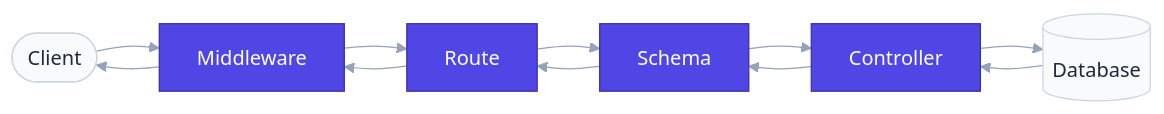
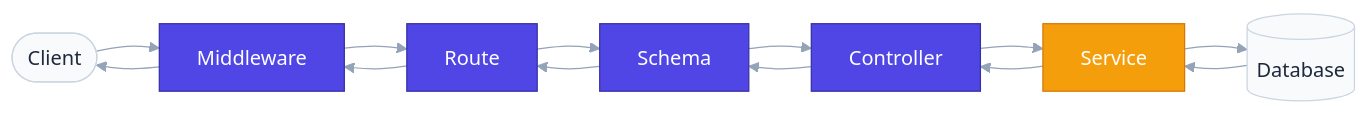
One commit to nakul-cloud/ecommerce-api changed the diagram in app/README.md. Above: the diagram before and after it, drawn with Mermaid. The commit also changed other lines of this file and 22 other files, not shown here.

Commit message:
feat: scaffold API architecture with authentication, custom exceptions, controllers, and utility modules.

````diff
--- a/app/README.md
+++ b/app/README.md
@@ -29,19 +30,22 @@
 ```mermaid
 %%{init: {'theme': 'base', 'themeVariables': {'primaryColor': '#4f46e5', 'primaryTextColor': '#1e293b', 'primaryBorderColor': '#3730a3', 'lineColor': '#94a3b8', 'secondaryColor': '#10b981', 'tertiaryColor': '#f59e0b', 'background': '#ffffff', 'mainBkg': '#f8fafc', 'nodeBorder': '#cbd5e1', 'nodeTextColor': '#1e293b', 'textColor': '#ffffff', 'titleColor': '#ffffff', 'edgeLabelBackground': '#1e293b', 'clusterBkg': '#f1f5f9', 'clusterBorder': '#e2e8f0', 'actorBkg': '#f8fafc', 'actorBorder': '#cbd5e1', 'actorTextColor': '#1e293b', 'signalColor': '#4f46e5', 'signalTextColor': '#ffffff', 'noteBkgColor': '#fef08a', 'noteBorderColor': '#facc15', 'noteTextColor': '#713f12'}}}%%
 flowchart LR
     Client([Client]) --> Middleware[Middleware]
     Middleware --> Route[Route]
     Route --> Schema[Schema]
     Schema --> Controller[Controller]
-    Controller --> DB[(Database)]
-    DB --> Controller
+    Controller --> Service[Service]
+    Service --> DB[(Database)]
+    DB --> Service
+    Service --> Controller
     Controller --> Schema
     Schema --> Route
     Route --> Middleware
     Middleware --> Client
     
     style Middleware fill:#4f46e5,stroke:#3730a3,color:#ffffff
     style Route fill:#4f46e5,stroke:#3730a3,color:#ffffff
     style Schema fill:#4f46e5,stroke:#3730a3,color:#ffffff
     style Controller fill:#4f46e5,stroke:#3730a3,color:#ffffff
+    style Service fill:#f59e0b,stroke:#d97706,color:#ffffff
 ```
````
